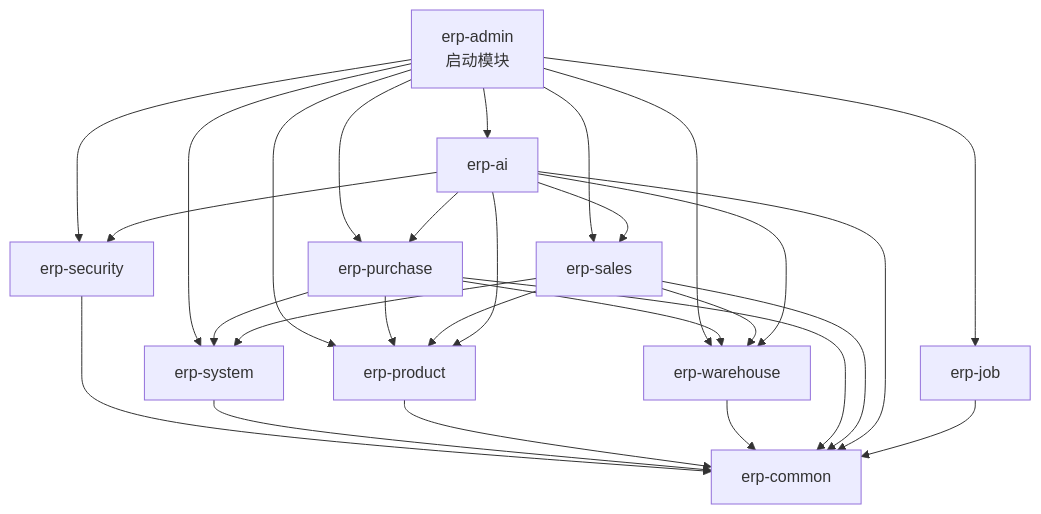
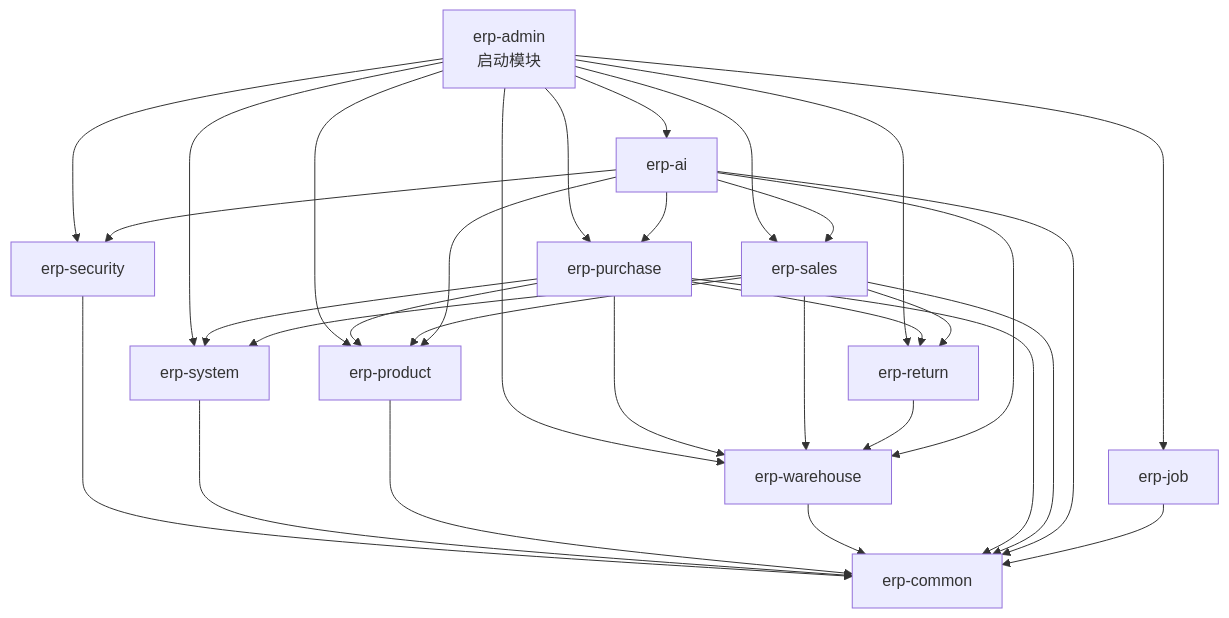
The second of 11 diagrams in docs/erp-project-plan.md (LI-S-H/qiheng-erp), drawn with Mermaid before and after one commit. The commit also changed other lines of this file and 21 other files, not shown here.

````diff
--- a/docs/erp-project-plan.md
+++ b/docs/erp-project-plan.md
@@ -131,34 +132,39 @@
 ```mermaid
 flowchart TD
     Admin["erp-admin<br/>启动模块"] --> Security["erp-security"]
     Admin --> System["erp-system"]
     Admin --> Product["erp-product"]
     Admin --> Warehouse["erp-warehouse"]
     Admin --> Purchase["erp-purchase"]
     Admin --> Sales["erp-sales"]
+    Admin --> Return["erp-return"]
     Admin --> AI["erp-ai"]
     Admin --> Job["erp-job"]
 
     Security --> Common["erp-common"]
     System --> Common
     Product --> Common
     Warehouse --> Common
     Purchase --> Common
     Sales --> Common
     AI --> Common
     Job --> Common
 
     Purchase --> Product
     Purchase --> Warehouse
     Purchase --> System
 
     Sales --> Product
     Sales --> Warehouse
     Sales --> System
 
+    Purchase --> Return
+    Sales --> Return
+    Return --> Warehouse
+
     AI --> Security
     AI --> Product
     AI --> Warehouse
     AI --> Purchase
     AI --> Sales
 ```
````
